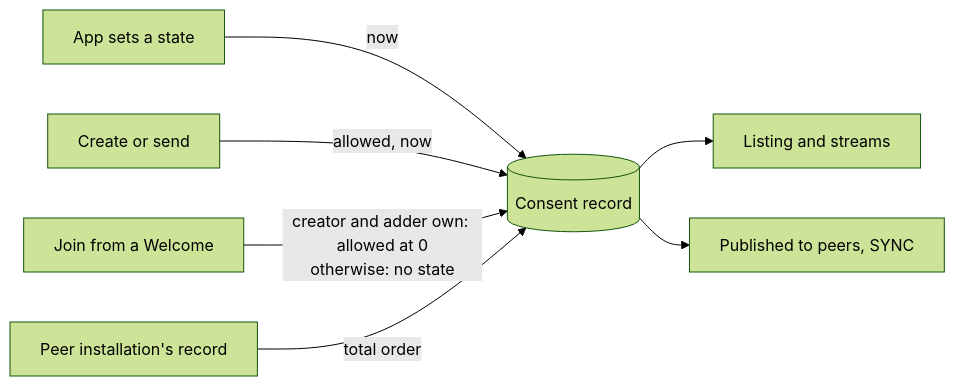
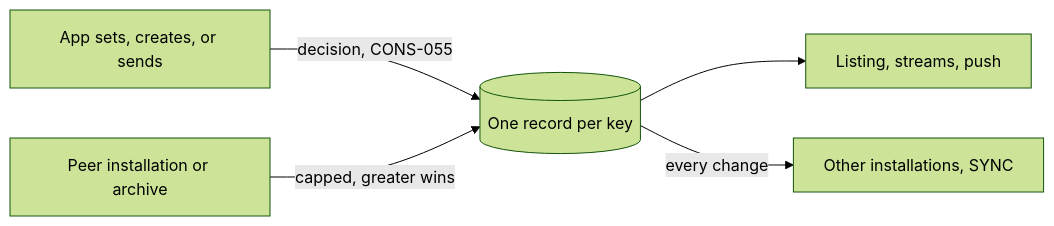
One commit to xmtp/libxmtp changed the diagram in docs/specs/CONS-consent.md. Above: the diagram before and after it, drawn with Mermaid (forest theme). The commit also changed other lines of this file and 11 other files, not shown here.

First line of the commit message:
docs(specs): consent keyed per conversation and a durable sync outbox

````diff
--- a/docs/specs/CONS-consent.md
+++ b/docs/specs/CONS-consent.md
@@ -11,9 +18,7 @@
 ```mermaid
 flowchart LR
-  A[App sets a state] -->|now| R[(Consent record)]
-  C[Create or send] -->|allowed, now| R
-  W[Join from a Welcome] -->|creator and adder own: allowed at 0<br/>otherwise: no state| R
-  P[Peer installation's record] -->|total order| R
-  R --> L[Listing and streams]
-  R --> S[Published to peers, SYNC]
+  D[App sets, creates, or sends] -->|decision, CONS-055| R[(One record per key)]
+  P[Peer installation or archive] -->|capped, greater wins| R
+  R --> L[Listing, streams, push]
+  R -->|every change| S[Other installations, SYNC]
 ```
````
